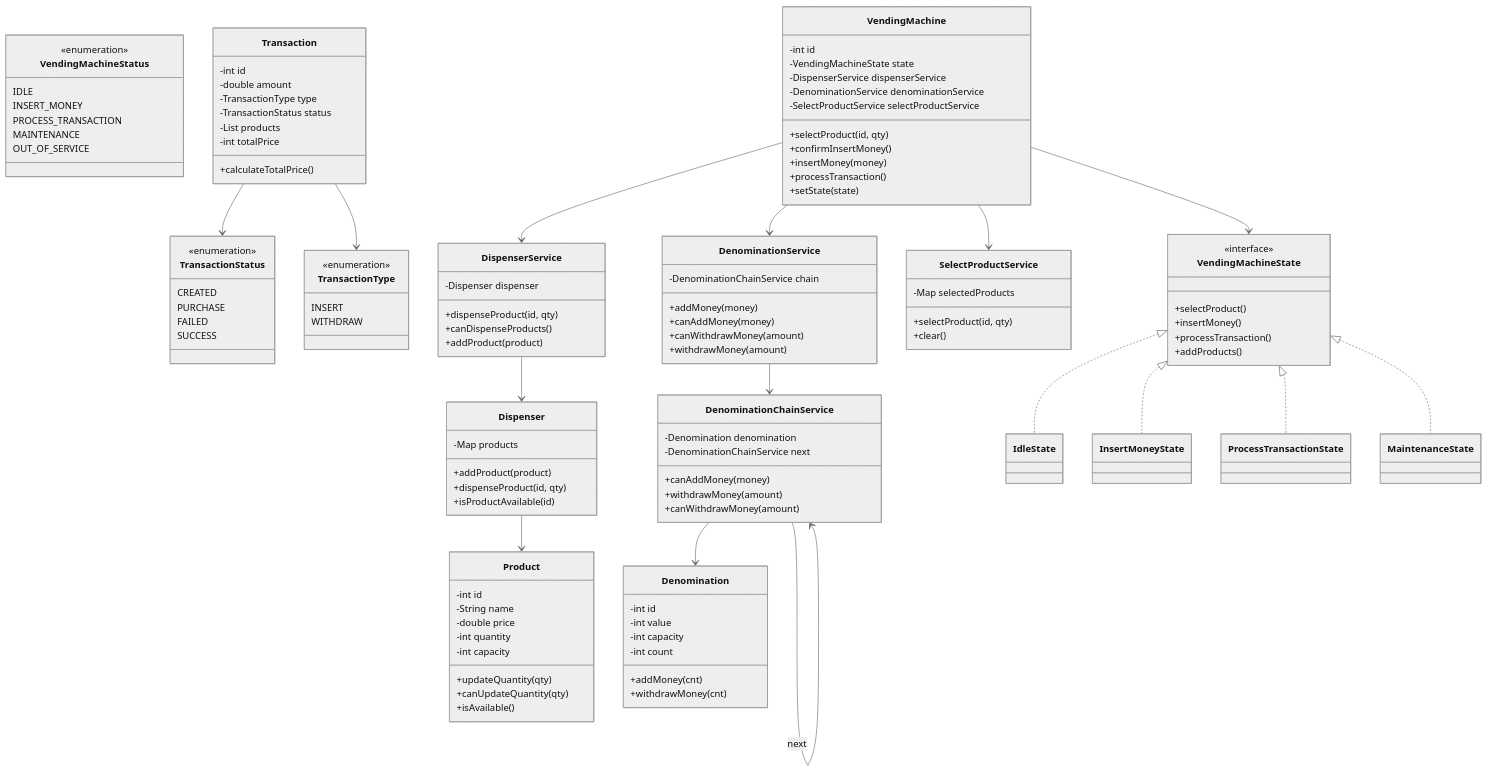
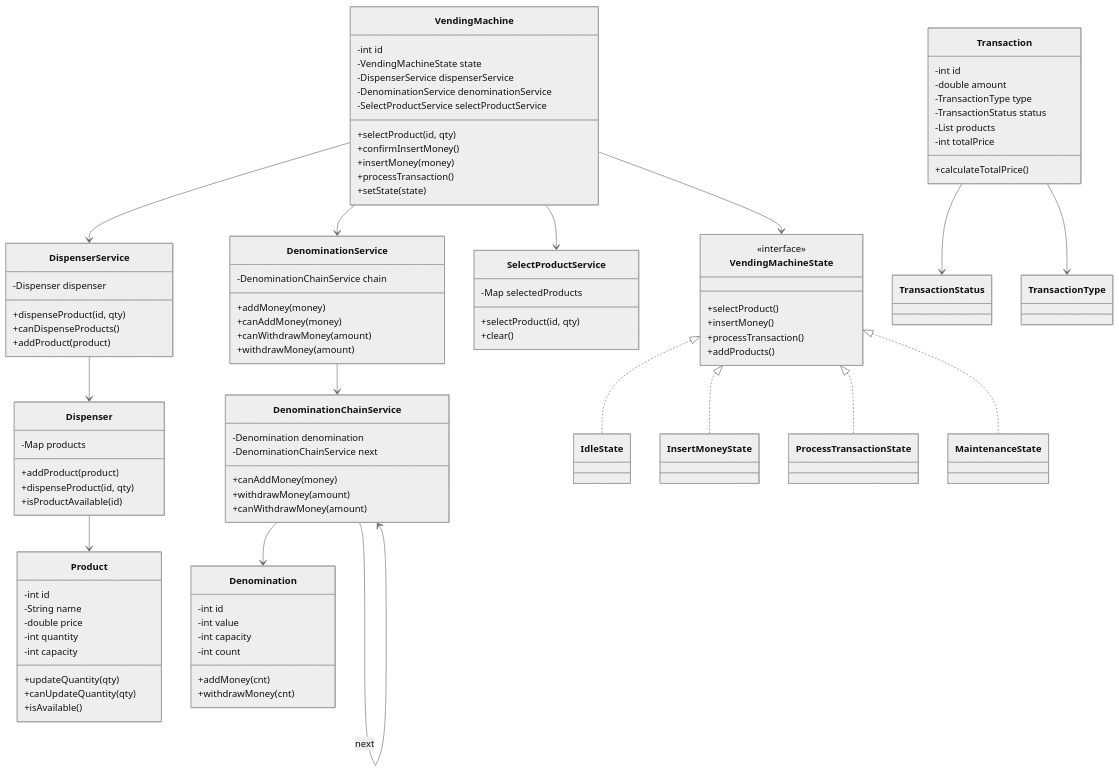
The diagram in README.md (Omkarcode11/Vending-Machine-LLD-), drawn with Mermaid (neutral theme) before and after one commit. The commit also changed 7 other files, not shown here.

Commit message:
feat: Implement Vending Machine core logic and a comprehensive test suite, along with updated documentation.

````diff
--- a/README.md
+++ b/README.md
@@ -34,30 +34,6 @@
 ```mermaid
 classDiagram
     direction TB
-
-    %% Enums
-    class VendingMachineStatus {
-        <<enumeration>>
-        IDLE
-        INSERT_MONEY
-        PROCESS_TRANSACTION
-        MAINTENANCE
-        OUT_OF_SERVICE
-    }
-
-    class TransactionStatus {
-        <<enumeration>>
-        CREATED
-        PURCHASE
-        FAILED
-        SUCCESS
-    }
-
-    class TransactionType {
-        <<enumeration>>
-        INSERT
-        WITHDRAW
-    }
 
     %% Models
     class Product {
````
